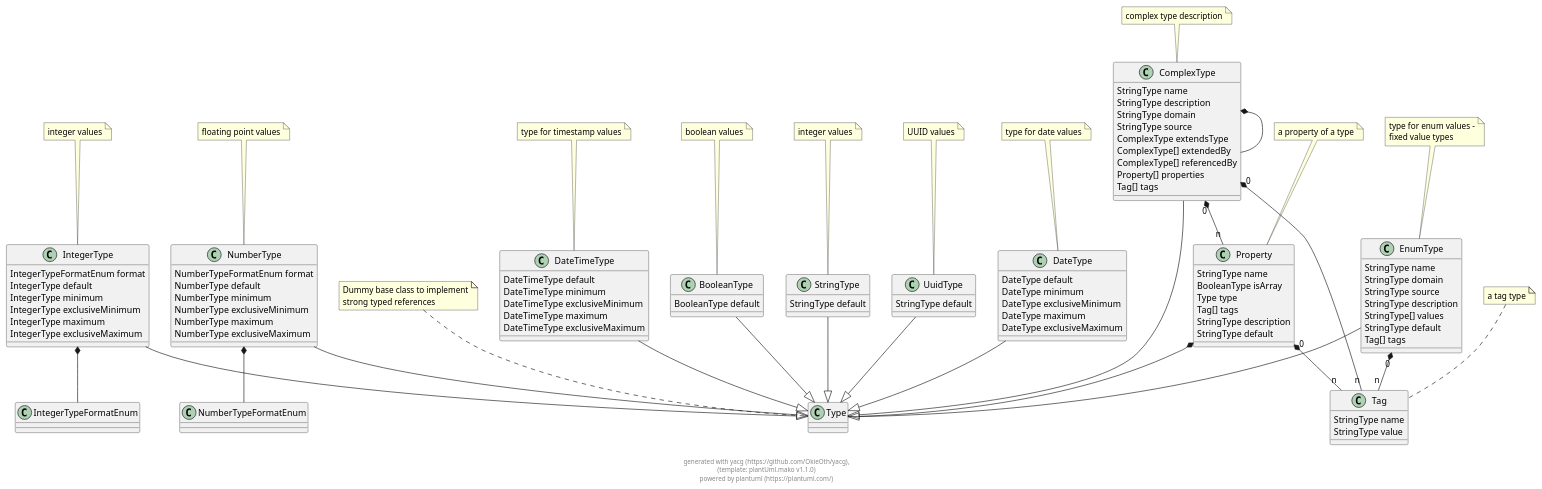
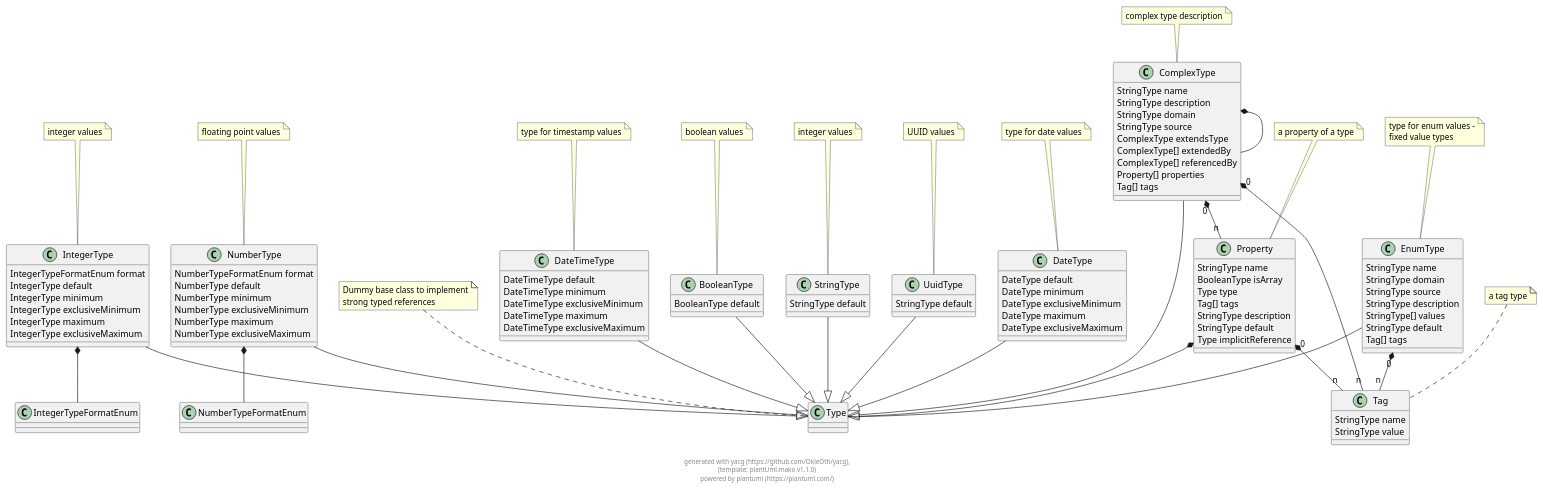
Before and after one commit to OkieOth/yacg: the diagram in docs/puml/yacg_model.puml, drawn with PlantUML. The commit also changed 5 other files, not shown here.

Commit message:
add implicit reference property to type attribs

```diff
--- a/docs/puml/yacg_model.puml
+++ b/docs/puml/yacg_model.puml
@@ -2,162 +2,163 @@
 @startuml
 
 class Type {
 }
  
 note top: Dummy base class to implement\nstrong typed references
 
 class IntegerType {
     IntegerTypeFormatEnum format 
     IntegerType default 
     IntegerType minimum 
     IntegerType exclusiveMinimum 
     IntegerType maximum 
     IntegerType exclusiveMaximum 
 }
  
 note top: integer values
 
 IntegerType --|> Type
 class IntegerTypeFormatEnum {
 }
  
 
 class NumberType {
     NumberTypeFormatEnum format 
     NumberType default 
     NumberType minimum 
     NumberType exclusiveMinimum 
     NumberType maximum 
     NumberType exclusiveMaximum 
 }
  
 note top: floating point values
 
 NumberType --|> Type
 class NumberTypeFormatEnum {
 }
  
 
 class BooleanType {
     BooleanType default 
 }
  
 note top: boolean values
 
 BooleanType --|> Type
 class StringType {
     StringType default 
 }
  
 note top: integer values
 
 StringType --|> Type
 class UuidType {
     StringType default 
 }
  
 note top: UUID values
 
 UuidType --|> Type
 class EnumType {
     StringType name 
     StringType domain 
     StringType source 
     StringType description 
     StringType[] values 
     StringType default 
     Tag[] tags 
 }
  
 note top: type for enum values -\nfixed value types
 
 EnumType --|> Type
 class Tag {
     StringType name 
     StringType value 
 }
  
 note top: a tag type
 
 class DateType {
     DateType default 
     DateType minimum 
     DateType exclusiveMinimum 
     DateType maximum 
     DateType exclusiveMaximum 
 }
  
 note top: type for date values
 
 DateType --|> Type
 class DateTimeType {
     DateTimeType default 
     DateTimeType minimum 
     DateTimeType exclusiveMinimum 
     DateTimeType maximum 
     DateTimeType exclusiveMaximum 
 }
  
 note top: type for timestamp values
 
 DateTimeType --|> Type
 class ComplexType {
     StringType name 
     StringType description 
     StringType domain 
     StringType source 
     ComplexType extendsType 
     ComplexType[] extendedBy 
     ComplexType[] referencedBy 
     Property[] properties 
     Tag[] tags 
 }
  
 note top: complex type description
 
 ComplexType --|> Type
 class Property {
     StringType name 
     BooleanType isArray 
     Type type 
     Tag[] tags 
     StringType description 
     StringType default 
+    Type implicitReference 
 }
  
 note top: a property of a type
 
 
     
     
 IntegerType  *--  IntegerTypeFormatEnum        
             
     
     
 NumberType  *--  NumberTypeFormatEnum        
             
     
     
     
     
     
 EnumType "0" *-- "n" Tag        
             
     
     
     
     
 ComplexType  *--  ComplexType        
             
 ComplexType "0" *-- "n" Property        
             
 ComplexType "0" *-- "n" Tag        
             
     
 Property  *--  Type        
             
 Property "0" *-- "n" Tag        
             
 
 footer \ngenerated with yacg (https://github.com/OkieOth/yacg),\n(template: plantUml.mako v1.1.0)\npowered by plantuml (https://plantuml.com/)
 @enduml
```
